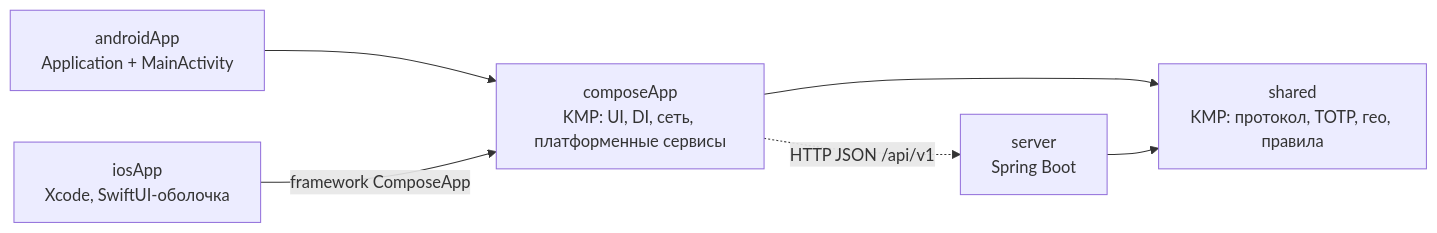
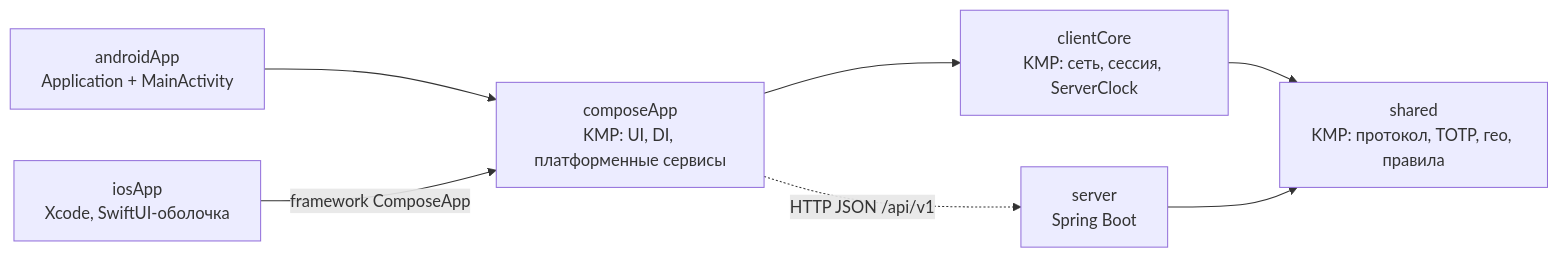
The first of 4 diagrams in docs/architecture.md (denysbohusevych/hovanki), drawn with Mermaid before and after one commit. The commit also changed other lines of this file and 25 other files, not shown here.

First line of the commit message:
Extract client logic without UI into :clientCore

````diff
--- a/docs/architecture.md
+++ b/docs/architecture.md
@@ -7,9 +7,10 @@
 ```mermaid
 flowchart LR
     androidApp["androidApp<br/>Application + MainActivity"] --> composeApp
     iosApp["iosApp<br/>Xcode, SwiftUI-оболочка"] -->|"framework ComposeApp"| composeApp
-    composeApp["composeApp<br/>KMP: UI, DI, сеть, платформенные сервисы"] --> shared
+    composeApp["composeApp<br/>KMP: UI, DI, платформенные сервисы"] --> clientCore
+    clientCore["clientCore<br/>KMP: сеть, сессия, ServerClock"] --> shared
     server["server<br/>Spring Boot"] --> shared
     shared["shared<br/>KMP: протокол, TOTP, гео, правила"]
     composeApp -.->|"HTTP JSON /api/v1"| server
 ```
````
